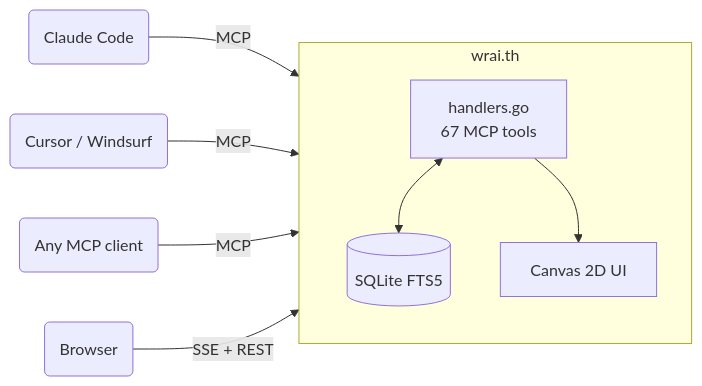
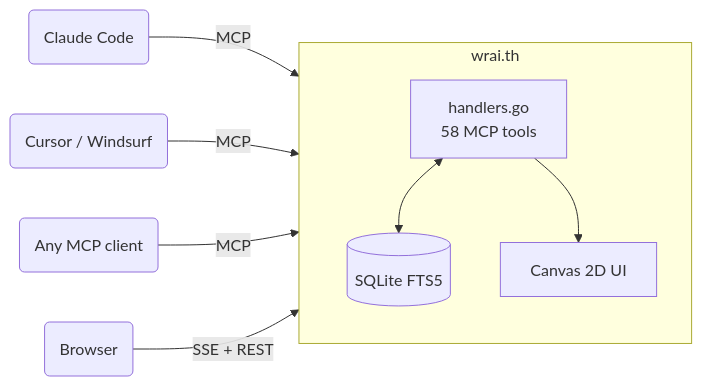
The diagram in README.md (CLAREO-SYSTEMS/WRAI.TH), drawn with Mermaid before and after one commit. The commit also changed other lines of this file and 31 other files, not shown here.

````diff
--- a/README.md
+++ b/README.md
@@ -808,15 +713,15 @@
 ```mermaid
 flowchart LR
     A1(Claude Code) -->|MCP| R
     A2(Cursor / Windsurf) -->|MCP| R
     A3(Any MCP client) -->|MCP| R
     B(Browser) -->|SSE + REST| R
 
     subgraph R[wrai.th]
-        H[handlers.go<br>67 MCP tools]
+        H[handlers.go<br>58 MCP tools]
         DB[(SQLite FTS5)]
         UI[Canvas 2D UI]
         H <--> DB
         H --> UI
     end
 ```
````
